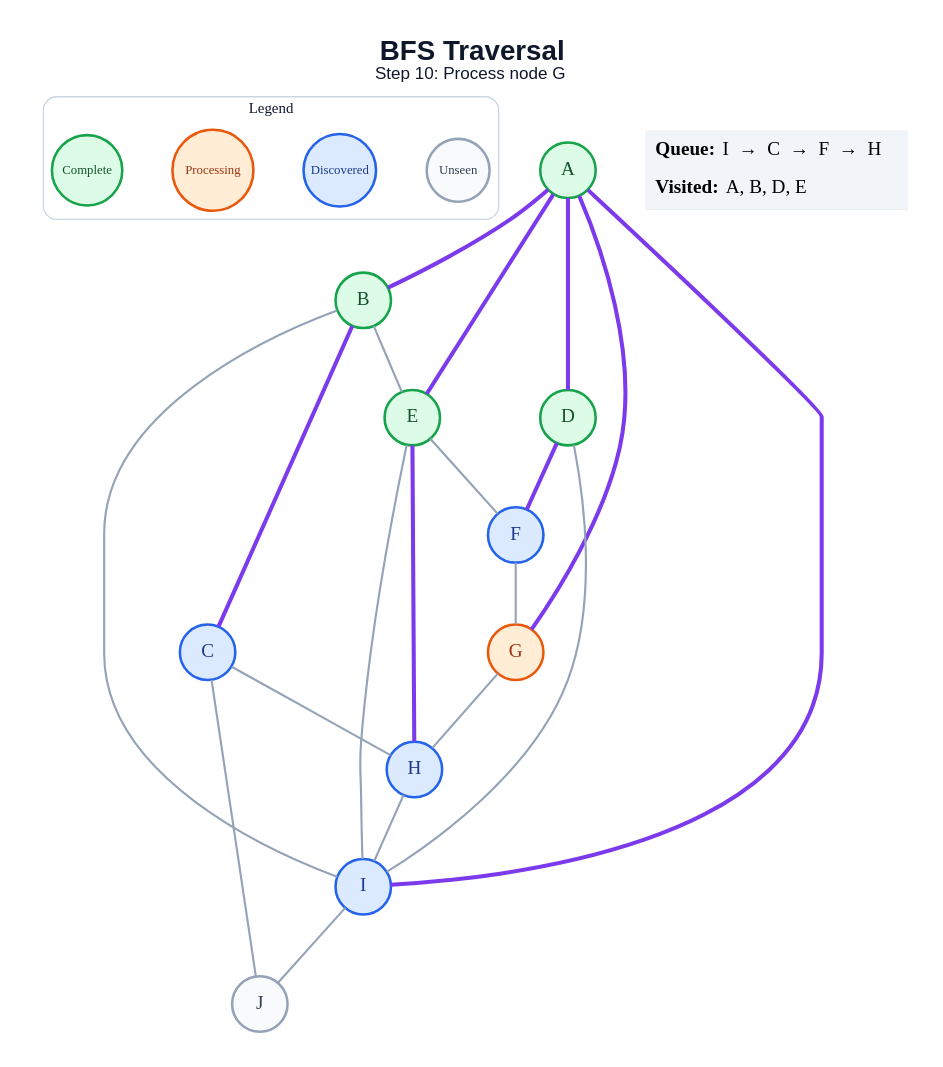
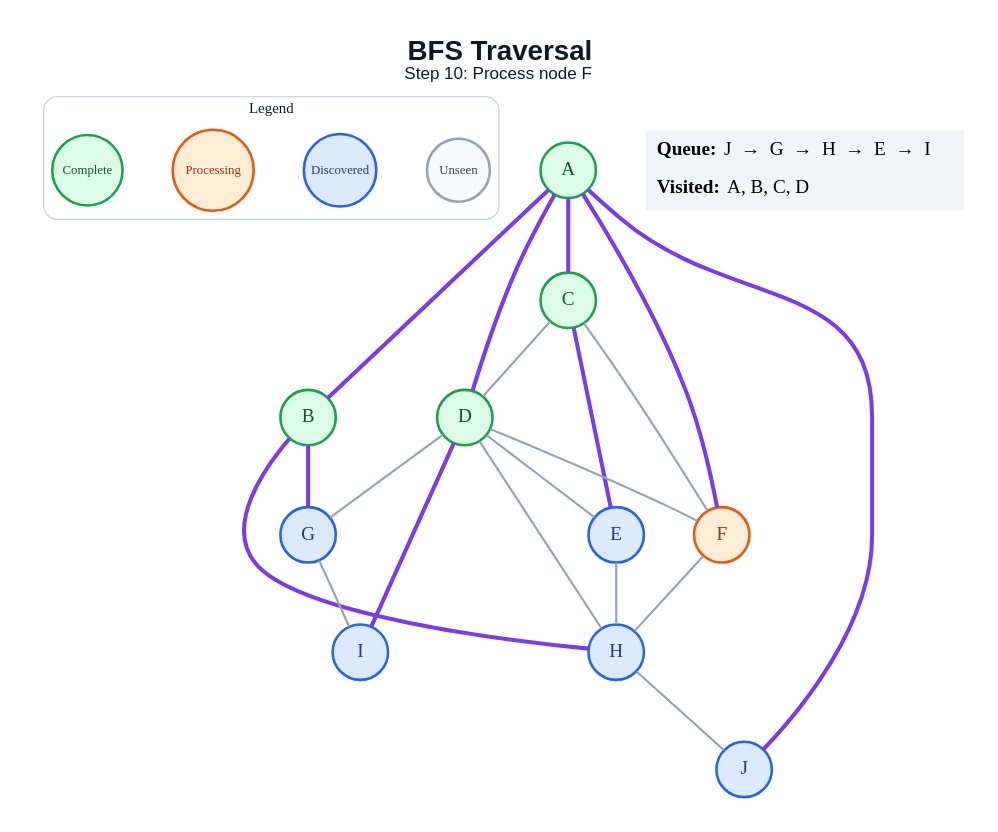
Before and after one commit to anon7238593-create/ai-slop: the diagram in generated/bfs/step_10.dot, drawn with Graphviz. The commit also changed 178 other files, not shown here.

```diff
--- a/generated/bfs/step_10.dot
+++ b/generated/bfs/step_10.dot
@@ -1,48 +1,48 @@
 graph traversal {
   graph [layout=dot, rankdir=TB, bgcolor="#FFFFFF", pad="0.35", nodesep="0.65", ranksep="0.8", fontname="Arial"];
   node [shape=circle, style="filled", fontname="Arial Bold", fontsize=18, width=0.72, fixedsize=true, penwidth=2.4];
   edge [color="#94A3B8", penwidth=2.0];
-  label=<<B>BFS Traversal</B><BR/><FONT POINT-SIZE="16">Step 10: Process node G</FONT>>; labelloc="t"; fontsize=26; fontname="Arial"; fontcolor="#0F172A";
+  label=<<B>BFS Traversal</B><BR/><FONT POINT-SIZE="16">Step 10: Process node F</FONT>>; labelloc="t"; fontsize=26; fontname="Arial"; fontcolor="#0F172A";
   subgraph cluster_legend { label="Legend"; color="#CBD5E1"; penwidth=1.2; style="rounded"; fontsize=14; fontname="Arial Bold";
     key_unseen [label="Unseen", fillcolor="#F8FAFC", color="#94A3B8", fontcolor="#334155", fontsize=12, width=0.82];
     key_frontier [label="Discovered", fillcolor="#DBEAFE", color="#2563EB", fontcolor="#1E3A8A", fontsize=12, width=0.95];
     key_current [label="Processing", fillcolor="#FFEDD5", color="#EA580C", fontcolor="#9A3412", fontsize=12, width=1.05];
     key_done [label="Complete", fillcolor="#DCFCE7", color="#16A34A", fontcolor="#14532D", fontsize=12, width=0.92];
     { rank=same; key_unseen; key_frontier; key_current; key_done; }
   }
   A [fillcolor="#DCFCE7", color="#16A34A", fontcolor="#14532D"];
   B [fillcolor="#DCFCE7", color="#16A34A", fontcolor="#14532D"];
-  C [fillcolor="#DBEAFE", color="#2563EB", fontcolor="#1E3A8A"];
+  C [fillcolor="#DCFCE7", color="#16A34A", fontcolor="#14532D"];
   D [fillcolor="#DCFCE7", color="#16A34A", fontcolor="#14532D"];
-  E [fillcolor="#DCFCE7", color="#16A34A", fontcolor="#14532D"];
-  F [fillcolor="#DBEAFE", color="#2563EB", fontcolor="#1E3A8A"];
-  G [fillcolor="#FFEDD5", color="#EA580C", fontcolor="#9A3412"];
+  E [fillcolor="#DBEAFE", color="#2563EB", fontcolor="#1E3A8A"];
+  F [fillcolor="#FFEDD5", color="#EA580C", fontcolor="#9A3412"];
+  G [fillcolor="#DBEAFE", color="#2563EB", fontcolor="#1E3A8A"];
   H [fillcolor="#DBEAFE", color="#2563EB", fontcolor="#1E3A8A"];
   I [fillcolor="#DBEAFE", color="#2563EB", fontcolor="#1E3A8A"];
-  J [fillcolor="#F8FAFC", color="#94A3B8", fontcolor="#334155"];
+  J [fillcolor="#DBEAFE", color="#2563EB", fontcolor="#1E3A8A"];
   A -- B [color="#7C3AED", penwidth=3.8];
+  A -- C [color="#7C3AED", penwidth=3.8];
   A -- D [color="#7C3AED", penwidth=3.8];
-  A -- E [color="#7C3AED", penwidth=3.8];
-  A -- G [color="#7C3AED", penwidth=3.8];
-  A -- I [color="#7C3AED", penwidth=3.8];
-  B -- C [color="#7C3AED", penwidth=3.8];
-  B -- E;
-  B -- I;
-  C -- H;
-  C -- J;
-  D -- F [color="#7C3AED", penwidth=3.8];
-  D -- I;
-  E -- F;
-  E -- H [color="#7C3AED", penwidth=3.8];
-  E -- I;
-  F -- G;
-  G -- H;
-  H -- I;
-  I -- J;
+  A -- F [color="#7C3AED", penwidth=3.8];
+  A -- J [color="#7C3AED", penwidth=3.8];
+  B -- G [color="#7C3AED", penwidth=3.8];
+  B -- H [color="#7C3AED", penwidth=3.8];
+  C -- D;
+  C -- E [color="#7C3AED", penwidth=3.8];
+  C -- F;
+  D -- E;
+  D -- F;
+  D -- G;
+  D -- H;
+  D -- I [color="#7C3AED", penwidth=3.8];
+  E -- H;
+  F -- H;
+  G -- I;
+  H -- J;
   status [shape=plain, fixedsize=false, width=0, height=0, margin=0, label=<
     <TABLE BORDER="0" CELLBORDER="0" CELLPADDING="7" BGCOLOR="#F1F5F9">
-      <TR><TD ALIGN="LEFT"><B>Queue:</B> I  →  C  →  F  →  H</TD></TR>
-      <TR><TD ALIGN="LEFT"><B>Visited:</B> A, B, D, E</TD></TR>
+      <TR><TD ALIGN="LEFT"><B>Queue:</B> J  →  G  →  H  →  E  →  I</TD></TR>
+      <TR><TD ALIGN="LEFT"><B>Visited:</B> A, B, C, D</TD></TR>
     </TABLE>
   >];
 }
```
